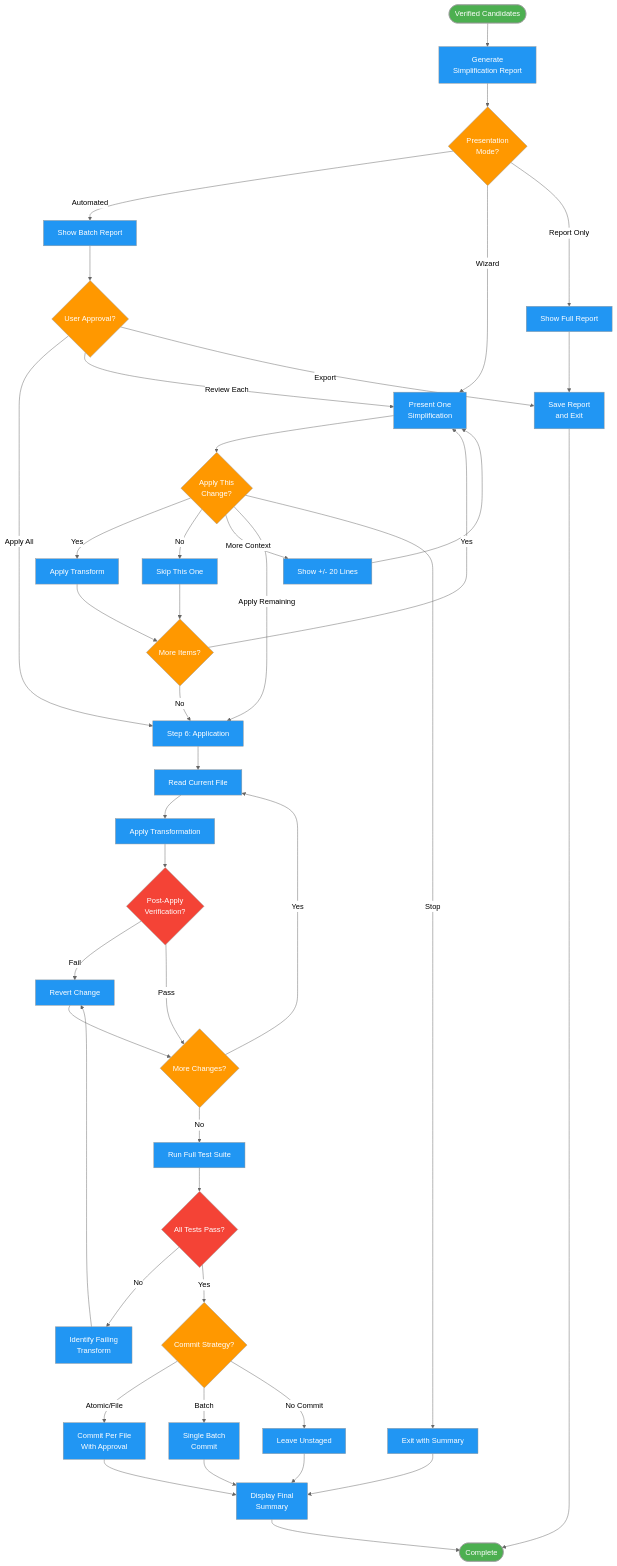
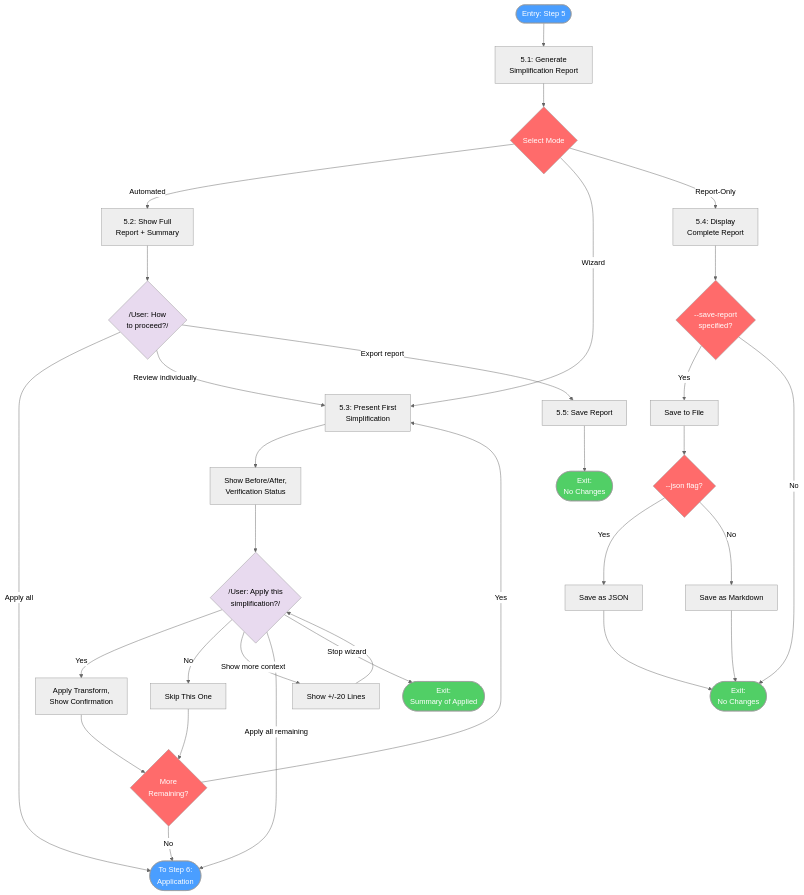
The second of 5 diagrams in docs/commands/simplify-transform.md (axiomantic/spellbook), drawn with Mermaid (neutral theme) before and after one commit. The commit also changed other lines of this file and 23 other files, not shown here.

First line of the commit message:
Add memory_purge_topic tool, fix diagram generation

````diff
--- a/docs/commands/simplify-transform.md
+++ b/docs/commands/simplify-transform.md
@@ -9,75 +35,47 @@
 ```mermaid
 flowchart TD
-    Start([Verified Candidates]) --> GenReport["Generate\nSimplification Report"]
-    GenReport --> ModeSwitch{"Presentation\nMode?"}
-    ModeSwitch -->|Automated| ShowBatch["Show Batch Report"]
-    ModeSwitch -->|Wizard| WizardLoop["Present One\nSimplification"]
-    ModeSwitch -->|Report Only| ShowFull["Show Full Report"]
-    ShowBatch --> AutoApproval{"User Approval?"}
-    AutoApproval -->|Apply All| ApplyPhase["Step 6: Application"]
-    AutoApproval -->|Review Each| WizardLoop
-    AutoApproval -->|Export| SaveReport["Save Report\nand Exit"]
-    WizardLoop --> WizardChoice{"Apply This\nChange?"}
-    WizardChoice -->|Yes| ApplySingle["Apply Transform"]
-    WizardChoice -->|No| SkipOne["Skip This One"]
-    WizardChoice -->|More Context| ShowContext["Show +/- 20 Lines"]
-    WizardChoice -->|Apply Remaining| ApplyPhase
-    WizardChoice -->|Stop| WizardSummary["Exit with Summary"]
-    ShowContext --> WizardLoop
-    ApplySingle --> MoreWizard{"More Items?"}
-    SkipOne --> MoreWizard
-    MoreWizard -->|Yes| WizardLoop
-    MoreWizard -->|No| ApplyPhase
-    ShowFull --> SaveReport
-    ApplyPhase --> ReadFile["Read Current File"]
-    ReadFile --> ApplyChange["Apply Transformation"]
-    ApplyChange --> PostVerify{"Post-Apply\nVerification?"}
-    PostVerify -->|Fail| RevertChange["Revert Change"]
-    PostVerify -->|Pass| NextChange{"More Changes?"}
-    RevertChange --> NextChange
-    NextChange -->|Yes| ReadFile
-    NextChange -->|No| RunTests["Run Full Test Suite"]
-    RunTests --> TestGate{"All Tests Pass?"}
-    TestGate -->|No| IdentifyFail["Identify Failing\nTransform"]
-    IdentifyFail --> RevertChange
-    TestGate -->|Yes| CommitChoice{"Commit Strategy?"}
-    CommitChoice -->|Atomic/File| AtomicCommit["Commit Per File\nWith Approval"]
-    CommitChoice -->|Batch| BatchCommit["Single Batch\nCommit"]
-    CommitChoice -->|No Commit| LeaveUnstaged["Leave Unstaged"]
-    AtomicCommit --> FinalSummary["Display Final\nSummary"]
-    BatchCommit --> FinalSummary
-    LeaveUnstaged --> FinalSummary
-    WizardSummary --> FinalSummary
-    SaveReport --> Done([Complete])
-    FinalSummary --> Done
+    S5([Entry: Step 5]) --> GEN_REPORT[5.1: Generate<br/>Simplification Report]
+    GEN_REPORT --> MODE{Select Mode}
 
-    style Start fill:#4CAF50,color:#fff
-    style Done fill:#4CAF50,color:#fff
-    style GenReport fill:#2196F3,color:#fff
-    style ShowBatch fill:#2196F3,color:#fff
-    style WizardLoop fill:#2196F3,color:#fff
-    style ShowFull fill:#2196F3,color:#fff
-    style ApplyPhase fill:#2196F3,color:#fff
-    style ApplySingle fill:#2196F3,color:#fff
-    style SkipOne fill:#2196F3,color:#fff
-    style ShowContext fill:#2196F3,color:#fff
-    style WizardSummary fill:#2196F3,color:#fff
-    style SaveReport fill:#2196F3,color:#fff
-    style ReadFile fill:#2196F3,color:#fff
-    style ApplyChange fill:#2196F3,color:#fff
-    style RevertChange fill:#2196F3,color:#fff
-    style RunTests fill:#2196F3,color:#fff
-    style IdentifyFail fill:#2196F3,color:#fff
-    style AtomicCommit fill:#2196F3,color:#fff
-    style BatchCommit fill:#2196F3,color:#fff
-    style LeaveUnstaged fill:#2196F3,color:#fff
-    style FinalSummary fill:#2196F3,color:#fff
-    style ModeSwitch fill:#FF9800,color:#fff
-    style AutoApproval fill:#FF9800,color:#fff
-    style WizardChoice fill:#FF9800,color:#fff
-    style MoreWizard fill:#FF9800,color:#fff
-    style NextChange fill:#FF9800,color:#fff
-    style CommitChoice fill:#FF9800,color:#fff
-    style PostVerify fill:#f44336,color:#fff
-    style TestGate fill:#f44336,color:#fff
+    MODE -->|Automated| AUTO_PRESENT[5.2: Show Full<br/>Report + Summary]
+    MODE -->|Wizard| WIZ_PRESENT[5.3: Present First<br/>Simplification]
+    MODE -->|Report-Only| RPT_PRESENT[5.4: Display<br/>Complete Report]
+
+    AUTO_PRESENT --> AUTO_ASK{/User: How<br/>to proceed?/}
+    AUTO_ASK -->|Apply all| TO_STEP6([To Step 6:<br/>Application])
+    AUTO_ASK -->|Review individually| WIZ_PRESENT
+    AUTO_ASK -->|Export report| SAVE_REPORT[5.5: Save Report]
+    SAVE_REPORT --> EXIT_NO_CHANGE([Exit:<br/>No Changes])
+
+    WIZ_PRESENT --> WIZ_SHOW[Show Before/After,<br/>Verification Status]
+    WIZ_SHOW --> WIZ_ASK{/User: Apply this<br/>simplification?/}
+    WIZ_ASK -->|Yes| WIZ_APPLY[Apply Transform,<br/>Show Confirmation]
+    WIZ_ASK -->|No| WIZ_SKIP[Skip This One]
+    WIZ_ASK -->|Show more context| WIZ_CTX[Show +/-20 Lines]
+    WIZ_CTX --> WIZ_ASK
+    WIZ_ASK -->|Apply all remaining| TO_STEP6
+    WIZ_ASK -->|Stop wizard| WIZ_EXIT([Exit:<br/>Summary of Applied])
+    WIZ_APPLY --> WIZ_MORE{More<br/>Remaining?}
+    WIZ_SKIP --> WIZ_MORE
+    WIZ_MORE -->|Yes| WIZ_PRESENT
+    WIZ_MORE -->|No| TO_STEP6
+
+    RPT_PRESENT --> RPT_SAVE{--save-report<br/>specified?}
+    RPT_SAVE -->|Yes| SAVE_RPT_FILE[Save to File]
+    RPT_SAVE -->|No| EXIT_RPT([Exit:<br/>No Changes])
+    SAVE_RPT_FILE --> RPT_JSON{--json flag?}
+    RPT_JSON -->|Yes| SAVE_JSON[Save as JSON]
+    RPT_JSON -->|No| SAVE_MD[Save as Markdown]
+    SAVE_JSON --> EXIT_RPT
+    SAVE_MD --> EXIT_RPT
+
+    style S5 fill:#4a9eff,color:#fff
+    style TO_STEP6 fill:#4a9eff,color:#fff
+    style EXIT_NO_CHANGE fill:#51cf66,color:#fff
+    style EXIT_RPT fill:#51cf66,color:#fff
+    style WIZ_EXIT fill:#51cf66,color:#fff
+    style AUTO_ASK fill:#e8daef
+    style WIZ_ASK fill:#e8daef
+    classDef decision fill:#ff6b6b,color:#fff
+    class MODE,RPT_SAVE,RPT_JSON,WIZ_MORE decision
 ```
````
